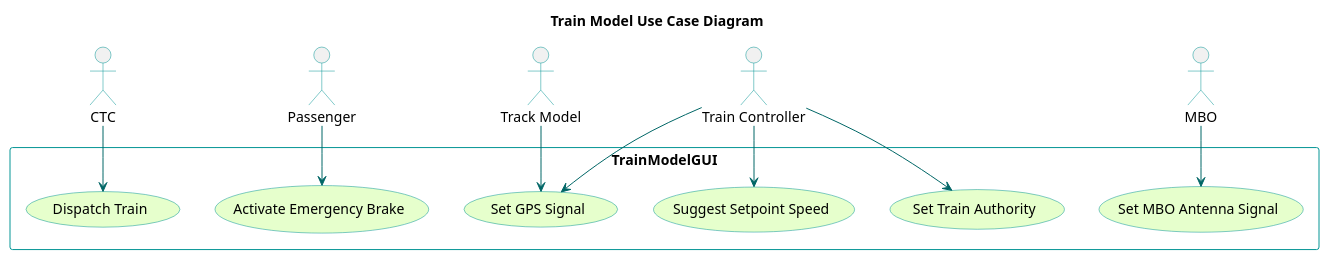
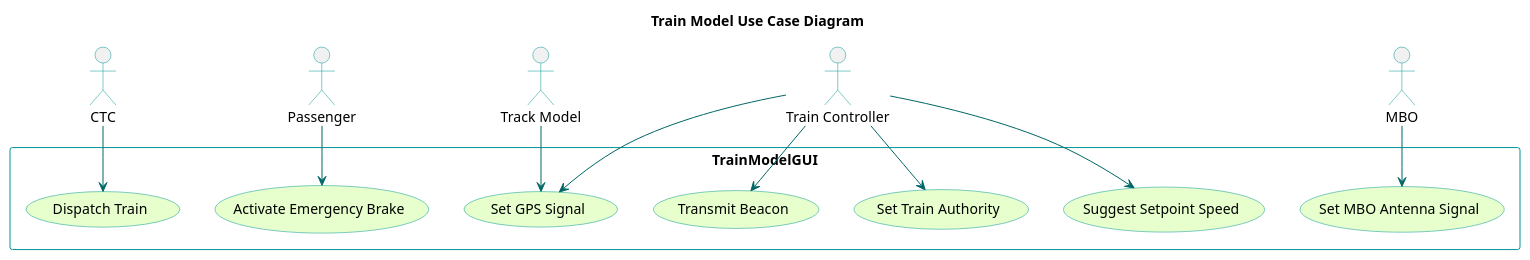
One commit to kevingilboy/COE1186 changed the diagram in TrainSystem/yUML/Usecase Diagrams/TrainModelUseCaseDiagram.puml. Above: the diagram before and after it, drawn with PlantUML. The commit also changed 5 other files, not shown here.

```diff
--- a/TrainSystem/yUML/Usecase Diagrams/TrainModelUseCaseDiagram.puml
+++ b/TrainSystem/yUML/Usecase Diagrams/TrainModelUseCaseDiagram.puml
@@ -1,36 +1,38 @@
 @startuml
 
 title Train Model Use Case Diagram
 'skinparam backgroundColor transparent'
 skinparam usecaseBackgroundColor #e6ffcc
 skinparam usecaseBorderColor 	#049595
 skinparam actorBorderColor 	#049595
 skinparam packageBorderCOlor  #049595
 skinparam arrowColor #006666
 
 :CTC: as ctc
 :Passenger: as p
 :Track Model: as tkm
 :Train Controller: as tnc
 :MBO: as mbo
 
 rectangle TrainModelGUI{
     (Dispatch Train)
 	(Activate Emergency Brake)
     (Suggest Setpoint Speed)
     (Set Train Authority)
     (Set GPS Signal)
+    (Transmit Beacon)
     (Set MBO Antenna Signal)
 }
 
 ctc --> (Dispatch Train)
 p --> (Activate Emergency Brake)
 tkm --> (Set GPS Signal)
 tnc --> (Set GPS Signal)
+tnc --> (Transmit Beacon)
 tnc --> (Suggest Setpoint Speed)
 tnc --> (Set Train Authority)
 mbo --> (Set MBO Antenna Signal)
 
 
     
 @enduml
```
